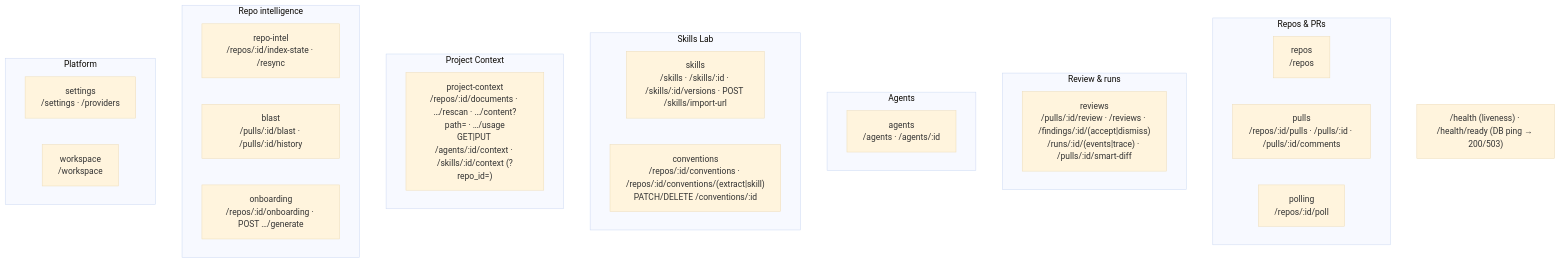
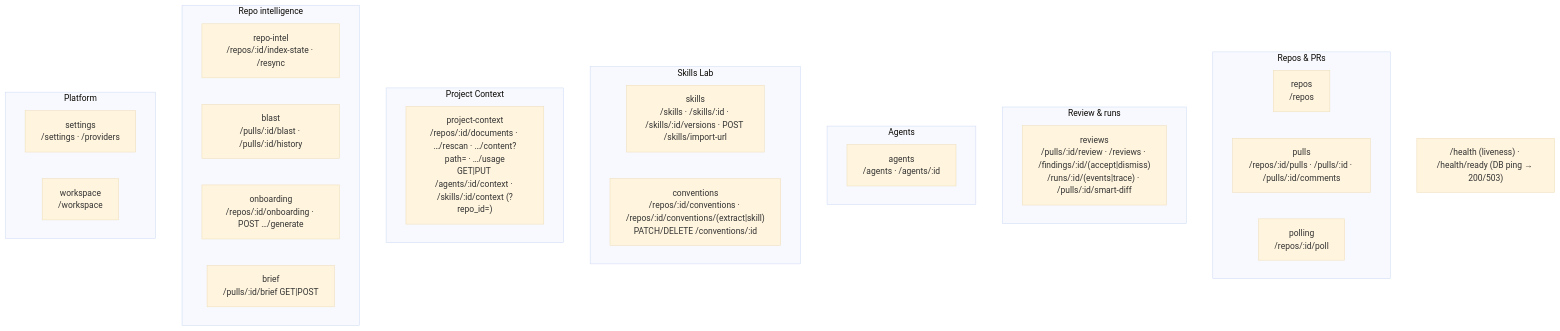
Before and after one commit to neronasee/dev-digest: the second of 2 diagrams in server/README.md, drawn with Mermaid (base theme). The commit also changed other lines of this file and 37 other files, not shown here.

````diff
--- a/server/README.md
+++ b/server/README.md
@@ -74,31 +87,32 @@
 ```mermaid
 flowchart TB
   subgraph Repos_PRs["Repos & PRs"]
     repos["repos<br/>/repos"]
     pulls["pulls<br/>/repos/:id/pulls · /pulls/:id · /pulls/:id/comments"]
     polling["polling<br/>/repos/:id/poll"]
   end
   subgraph Review["Review & runs"]
     reviews["reviews<br/>/pulls/:id/review · /reviews · /findings/:id/(accept|dismiss)<br/>/runs/:id/(events|trace) · /pulls/:id/smart-diff"]
   end
   subgraph Agents["Agents"]
     agents["agents<br/>/agents · /agents/:id"]
   end
   subgraph SkillsLab["Skills Lab"]
     skills["skills<br/>/skills · /skills/:id · /skills/:id/versions · POST /skills/import-url"]
     conventions["conventions<br/>/repos/:id/conventions · /repos/:id/conventions/(extract|skill)<br/>PATCH/DELETE /conventions/:id"]
   end
   subgraph ProjectContext["Project Context"]
     projectContext["project-context<br/>/repos/:id/documents · …/rescan · …/content?path= · …/usage<br/>GET|PUT /agents/:id/context · /skills/:id/context (?repo_id=)"]
   end
   subgraph Intel["Repo intelligence"]
     repoIntel["repo-intel<br/>/repos/:id/index-state · /resync"]
     blast["blast<br/>/pulls/:id/blast · /pulls/:id/history"]
     onboarding["onboarding<br/>/repos/:id/onboarding · POST …/generate"]
+    brief["brief<br/>/pulls/:id/brief GET|POST"]
   end
   subgraph Platform["Platform"]
     settings["settings<br/>/settings · /providers"]
     workspace["workspace<br/>/workspace"]
   end
   HEALTH["/health (liveness) · /health/ready (DB ping → 200/503)"]
 ```
````
